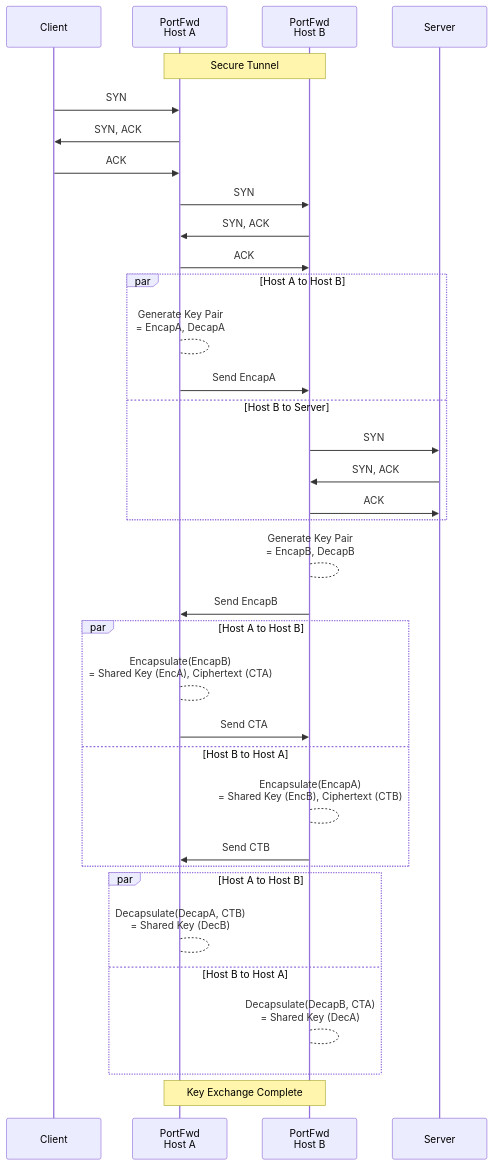
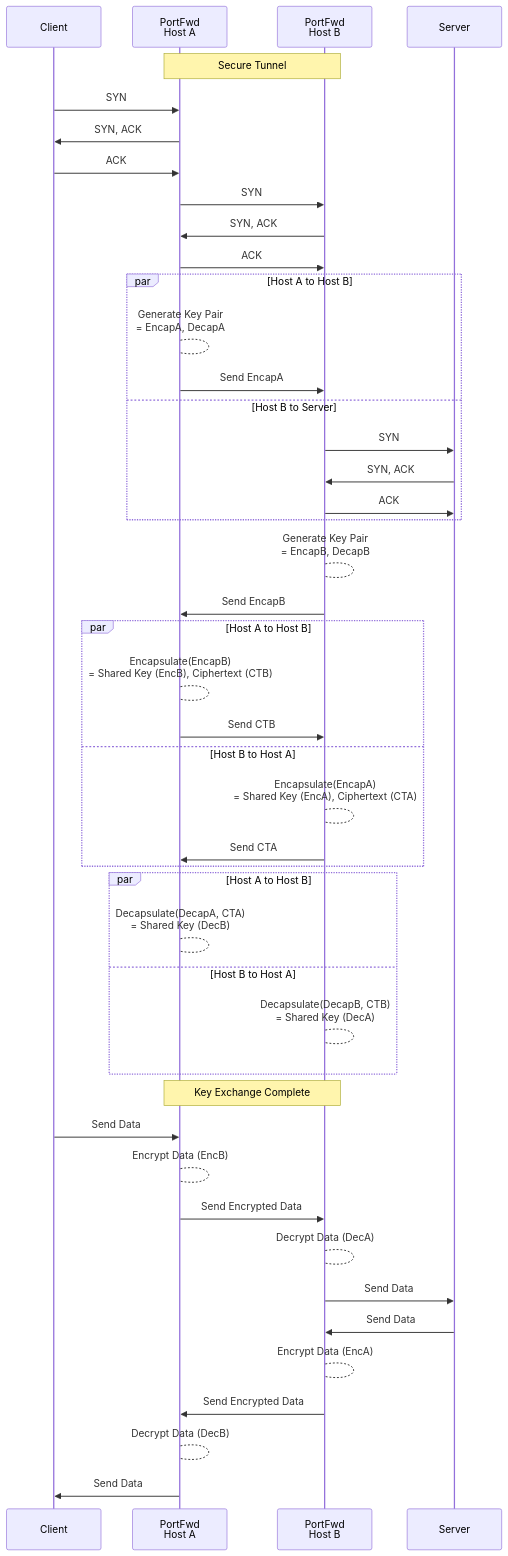
The diagram in README.md (cmason3/portfwd), drawn with Mermaid before and after one commit.

````diff
--- a/README.md
+++ b/README.md
@@ -32,42 +32,54 @@
 ```mermaid
 sequenceDiagram
     participant C as Client
     participant A as PortFwd<br />Host A
     participant B as PortFwd<br />Host B
     participant S as Server
     Note over A,B: Secure Tunnel
     C->>A: SYN
     A->>C: SYN, ACK
     C->>A: ACK
     A->>B: SYN
     B->>A: SYN, ACK
     A->>B: ACK
 
     par Host A to Host B
       A-->A: Generate Key Pair<br />= EncapA, DecapA
       A->>B: Send EncapA
     and Host B to Server
       B->>S: SYN
       S->>B: SYN, ACK
       B->>S: ACK
     end
 
     B-->B: Generate Key Pair<br />= EncapB, DecapB
     B->>A: Send EncapB
 
     par Host A to Host B
-      A-->A: Encapsulate(EncapB)<br />= Shared Key (EncA), Ciphertext (CTA)
-      A->>B: Send CTA
+      A-->A: Encapsulate(EncapB)<br />= Shared Key (EncB), Ciphertext (CTB)
+      A->>B: Send CTB
     and Host B to Host A
-      B-->B: Encapsulate(EncapA)<br />= Shared Key (EncB), Ciphertext (CTB)
-      B->>A: Send CTB
+      B-->B: Encapsulate(EncapA)<br />= Shared Key (EncA), Ciphertext (CTA)
+      B->>A: Send CTA
     end
 
     par Host A to Host B
-      A-->A: Decapsulate(DecapA, CTB)<br /> = Shared Key (DecB)
+      A-->A: Decapsulate(DecapA, CTA)<br /> = Shared Key (DecB)
     and Host B to Host A
-      B-->B: Decapsulate(DecapB, CTA)<br /> = Shared Key (DecA)
+      B-->B: Decapsulate(DecapB, CTB)<br /> = Shared Key (DecA)
     end
 
     Note over A,B: Key Exchange Complete
+
+    C->>A: Send Data
+    A-->A: Encrypt Data (EncB)
+    A->>B: Send Encrypted Data
+    B-->B: Decrypt Data (DecA)
+    B->>S: Send Data
+
+    S->>B: Send Data
+    B-->B: Encrypt Data (EncA)
+    B->>A: Send Encrypted Data
+    A-->A: Decrypt Data (DecB)
+    A->>C: Send Data
 ```
````
